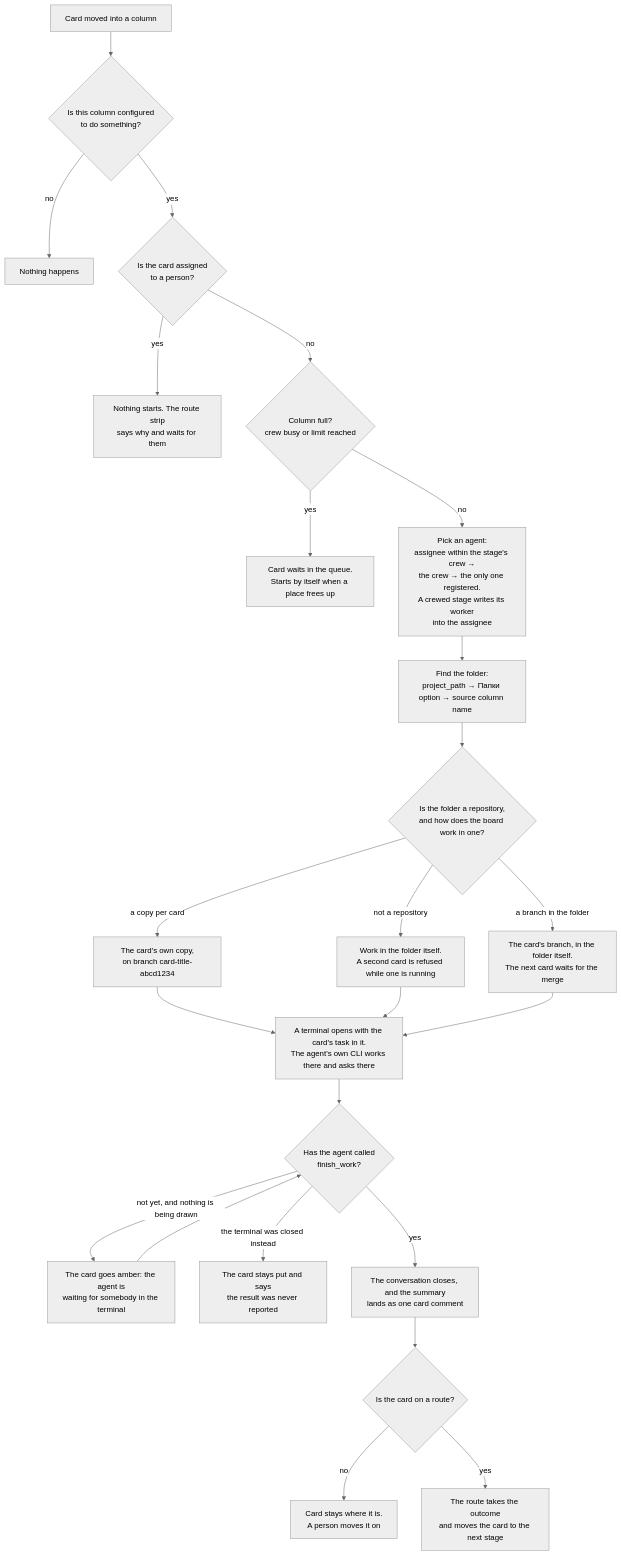
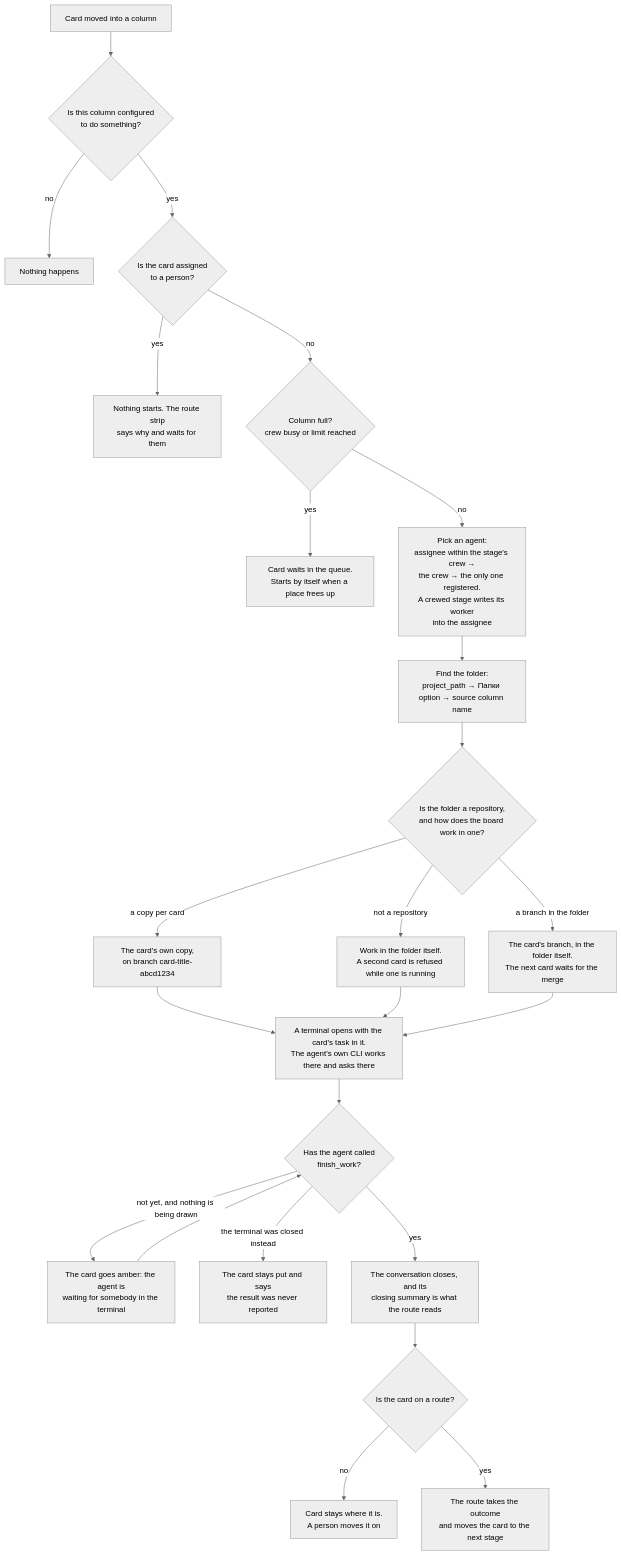
One commit to artipop/xciii changed the first of 5 diagrams in docs/flows.md. Above: the diagram before and after it, drawn with Mermaid (neutral theme). The commit also changed other lines of this file and 56 other files, not shown here.

````diff
--- a/docs/flows.md
+++ b/docs/flows.md
@@ -237,26 +237,26 @@
 ```mermaid
 flowchart TD
     A["Card moved into a column"] --> B{"Is this column configured<br/>to do something?"}
     B -- no --> Z["Nothing happens"]
     B -- yes --> C{"Is the card assigned<br/>to a person?"}
     C -- yes --> Z2["Nothing starts. The route strip<br/>says why and waits for them"]
     C -- no --> D{"Column full?<br/>crew busy or limit reached"}
     D -- yes --> Q["Card waits in the queue.<br/>Starts by itself when a place frees up"]
     D -- no --> E["Pick an agent:<br/>assignee within the stage's crew →<br/>the crew → the only one registered.<br/>A crewed stage writes its worker<br/>into the assignee"]
     E --> F["Find the folder:<br/>project_path → Папки option → source column name"]
     F --> G{"Is the folder a repository,<br/>and how does the board work in one?"}
     G -- "not a repository" --> I["Work in the folder itself.<br/>A second card is refused while one is running"]
     G -- "a copy per card" --> H["The card's own copy,<br/>on branch card-title-abcd1234"]
     G -- "a branch in the folder" --> N["The card's branch, in the folder itself.<br/>The next card waits for the merge"]
     H --> J["A terminal opens with the card's task in it.<br/>The agent's own CLI works there and asks there"]
     I --> J
     N --> J
     J --> J2{"Has the agent called<br/>finish_work?"}
     J2 -- "not yet, and nothing is being drawn" --> J3["The card goes amber: the agent is<br/>waiting for somebody in the terminal"]
     J3 --> J2
     J2 -- "the terminal was closed instead" --> J4["The card stays put and says<br/>the result was never reported"]
-    J2 -- yes --> J5["The conversation closes, and the summary<br/>lands as one card comment"]
+    J2 -- yes --> J5["The conversation closes, and its<br/>closing summary is what the route reads"]
     J5 --> K{"Is the card on a route?"}
     K -- no --> L["Card stays where it is.<br/>A person moves it on"]
     K -- yes --> M["The route takes the outcome<br/>and moves the card to the next stage"]
 ```
````
